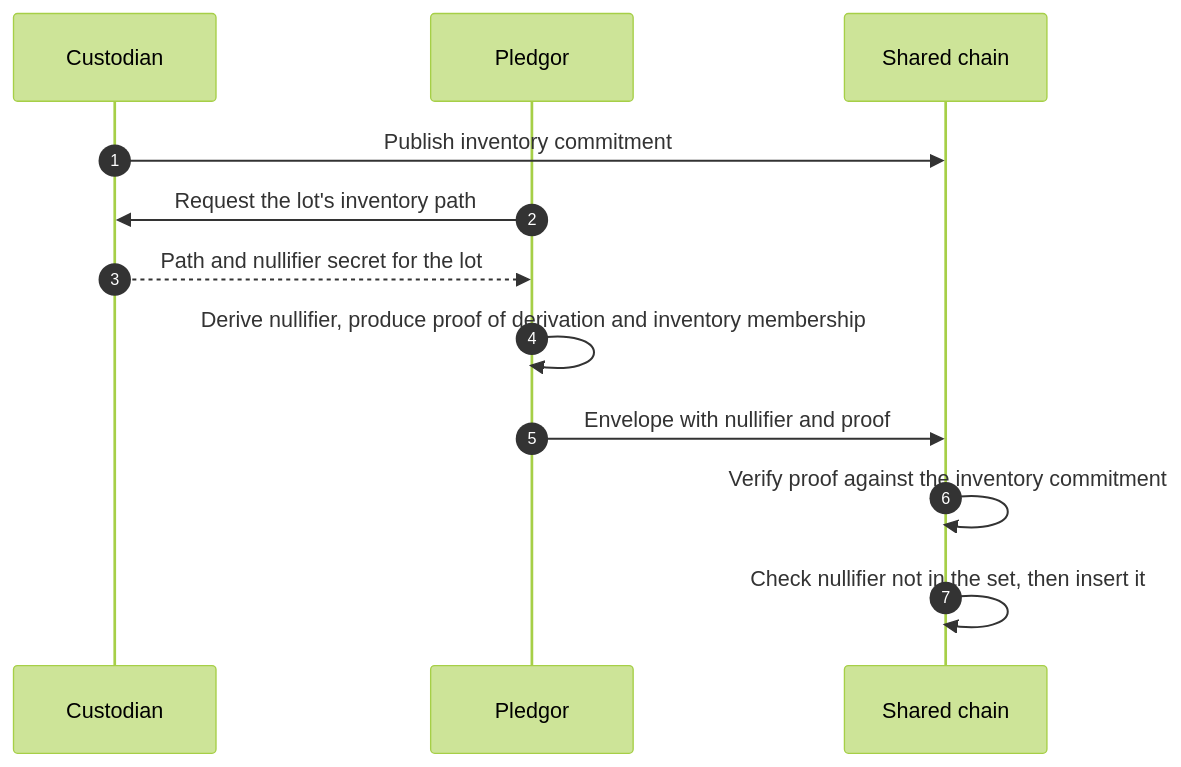
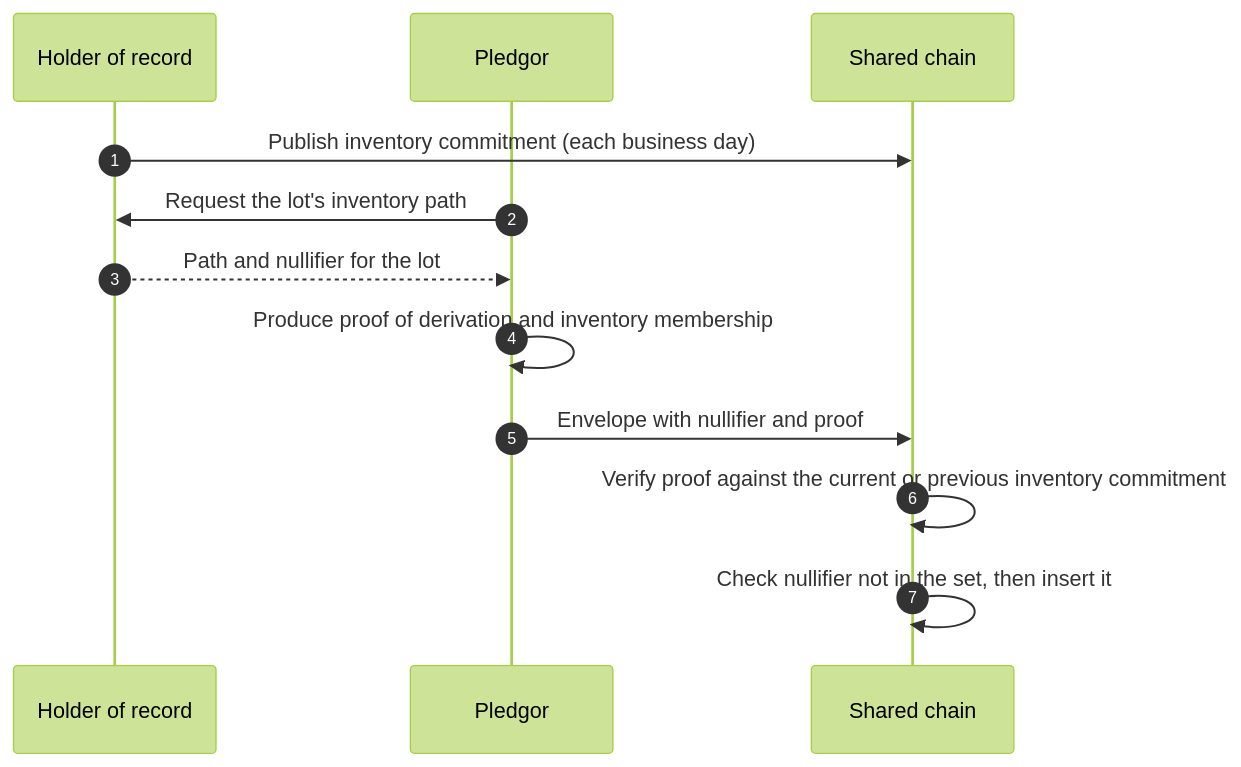
One commit to finos-hack/cdm-collateral changed the eighth of 10 diagrams in docs/architecture/onchain-privacy.md. Above: the diagram before and after it, drawn with Mermaid (forest theme). The commit also changed other lines of this file, not shown here.

First line of the commit message:
docs: onchain-privacy section 9 records the asset lifecycle, decommission records and nullifier set growth

````diff
--- a/docs/architecture/onchain-privacy.md
+++ b/docs/architecture/onchain-privacy.md
@@ -684,14 +688,14 @@
 ```mermaid
 sequenceDiagram
   autonumber
-  participant U as Custodian
+  participant U as Holder of record
   participant A as Pledgor
   participant C as Shared chain
-  U->>C: Publish inventory commitment
+  U->>C: Publish inventory commitment (each business day)
   A->>U: Request the lot's inventory path
-  U-->>A: Path and nullifier secret for the lot
-  A->>A: Derive nullifier, produce proof of derivation and inventory membership
+  U-->>A: Path and nullifier for the lot
+  A->>A: Produce proof of derivation and inventory membership
   A->>C: Envelope with nullifier and proof
-  C->>C: Verify proof against the inventory commitment
+  C->>C: Verify proof against the current or previous inventory commitment
   C->>C: Check nullifier not in the set, then insert it
 ```
````
